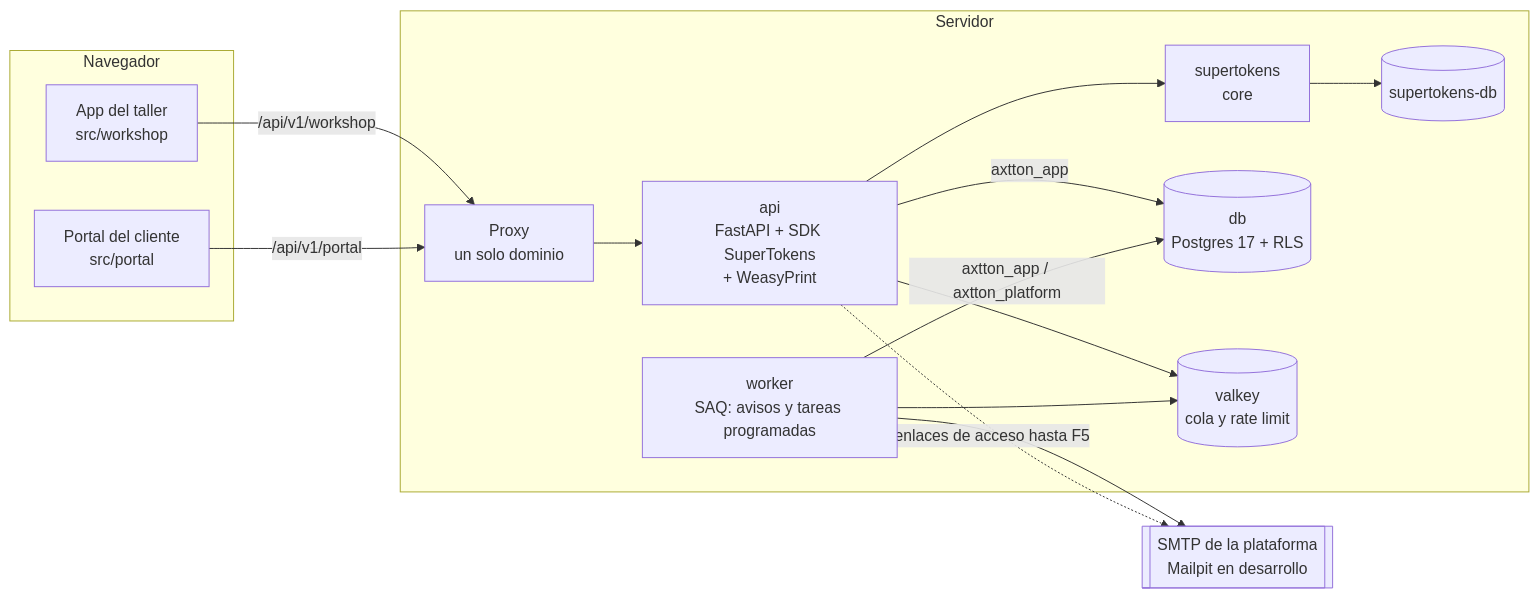
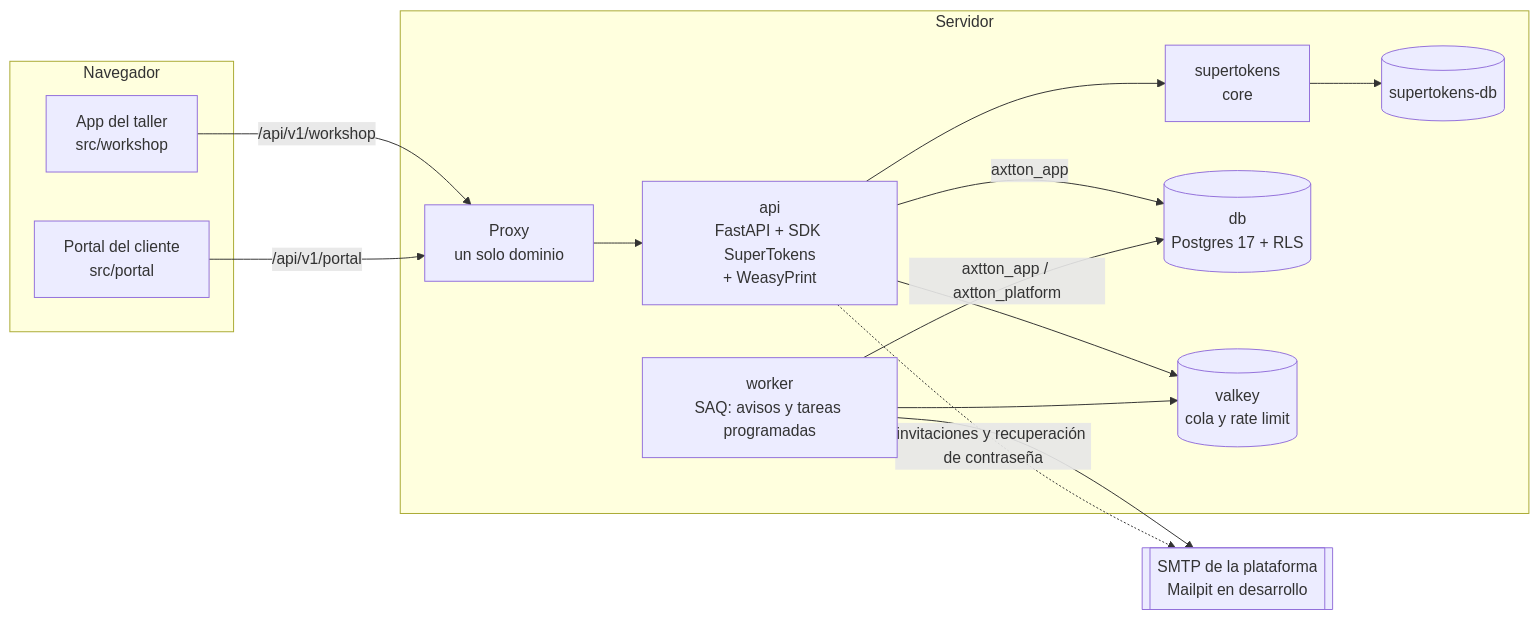
One commit to iMiguel10/axtton-core changed the third of 6 diagrams in docs/arquitectura/index.md. Above: the diagram before and after it, drawn with Mermaid. The commit also changed other lines of this file and 19 other files, not shown here.

````diff
--- a/docs/arquitectura/index.md
+++ b/docs/arquitectura/index.md
@@ -433,28 +433,28 @@
 ```mermaid
 flowchart LR
     subgraph Navegador
         TA[App del taller<br/>src/workshop]
         PO[Portal del cliente<br/>src/portal]
     end
     subgraph Servidor
         PX[Proxy<br/>un solo dominio]
         API[api<br/>FastAPI + SDK SuperTokens<br/>+ WeasyPrint]
         WK[worker<br/>SAQ: avisos y tareas programadas]
         ST[supertokens<br/>core]
         STDB[(supertokens-db)]
         DB[(db<br/>Postgres 17 + RLS)]
         VK[(valkey<br/>cola y rate limit)]
     end
     SMTP[[SMTP de la plataforma<br/>Mailpit en desarrollo]]
 
     TA -- /api/v1/workshop --> PX
     PO -- /api/v1/portal --> PX
     PX --> API
     API --> ST --> STDB
     API -- axtton_app --> DB
     API --> VK
     WK --> VK
     WK -- axtton_app / axtton_platform --> DB
     WK --> SMTP
-    API -. enlaces de acceso hasta F5 .-> SMTP
+    API -. invitaciones y recuperación de contraseña .-> SMTP
 ```
````
